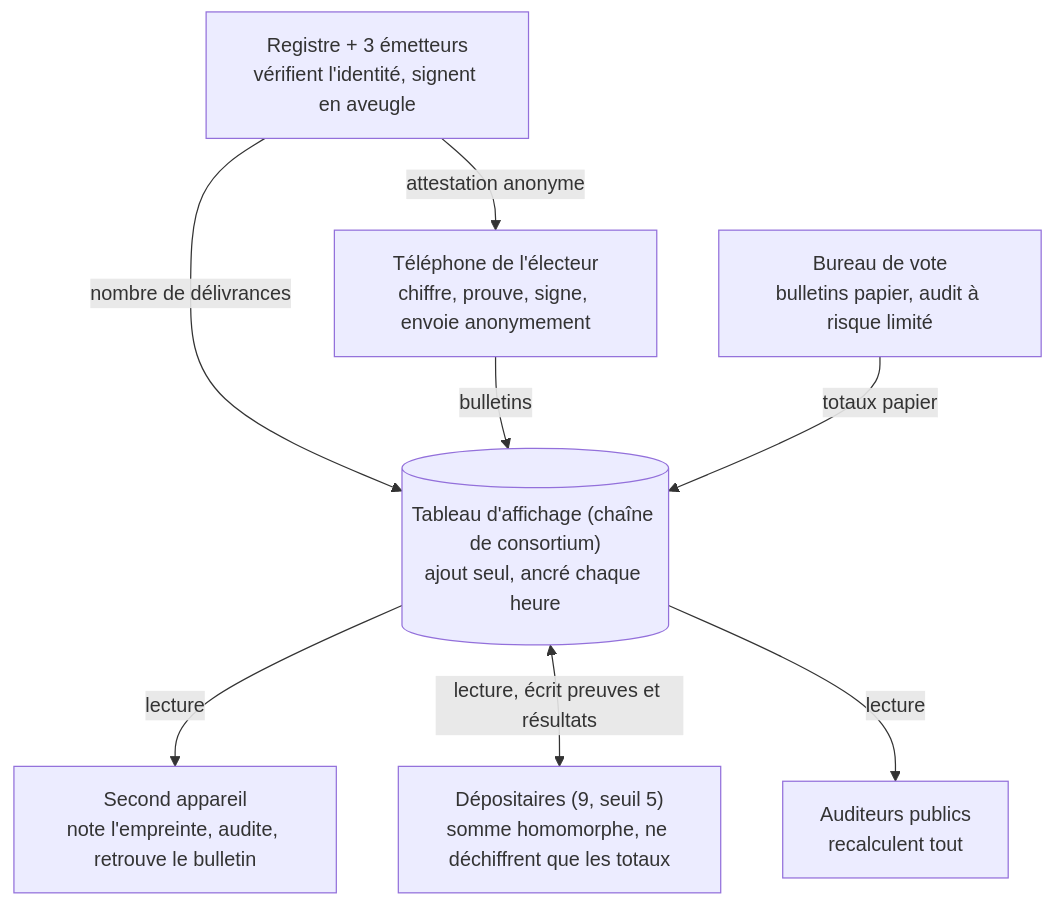
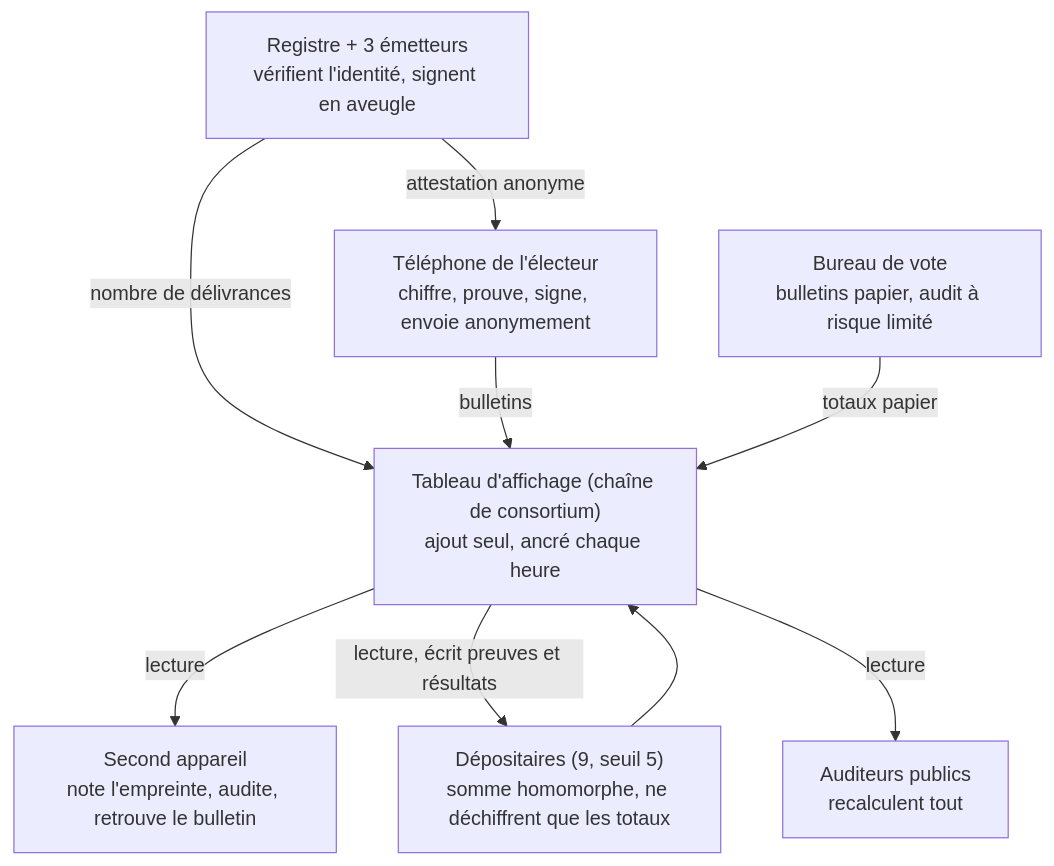
Before and after one commit to tommaru66-pixel/e2e-verifiable-voting: the diagram in docs/fr.md, drawn with Mermaid. The commit also changed 8 other files, not shown here.

First line of the commit message:
Simplify architecture diagram syntax for GitHub rendering

````diff
--- a/docs/fr.md
+++ b/docs/fr.md
@@ -113,10 +113,11 @@
 ```mermaid
 flowchart TB
   R["Registre + 3 émetteurs<br/>vérifient l'identité, signent en aveugle"] -->|attestation anonyme| P["Téléphone de l'électeur<br/>chiffre, prouve, signe, envoie anonymement"]
   R -->|nombre de délivrances| B
-  P -->|bulletins| B[("Tableau d'affichage (chaîne de consortium)<br/>ajout seul, ancré chaque heure")]
+  P -->|bulletins| B["Tableau d'affichage (chaîne de consortium)<br/>ajout seul, ancré chaque heure"]
   S["Bureau de vote<br/>bulletins papier, audit à risque limité"] -->|totaux papier| B
   B -->|lecture| D["Second appareil<br/>note l'empreinte, audite, retrouve le bulletin"]
-  B <-->|lecture, écrit preuves et résultats| T["Dépositaires (9, seuil 5)<br/>somme homomorphe, ne déchiffrent que les totaux"]
+  B -->|lecture, écrit preuves et résultats| T["Dépositaires (9, seuil 5)<br/>somme homomorphe, ne déchiffrent que les totaux"]
+  T --> B
   B -->|lecture| A["Auditeurs publics<br/>recalculent tout"]
 ```
````
